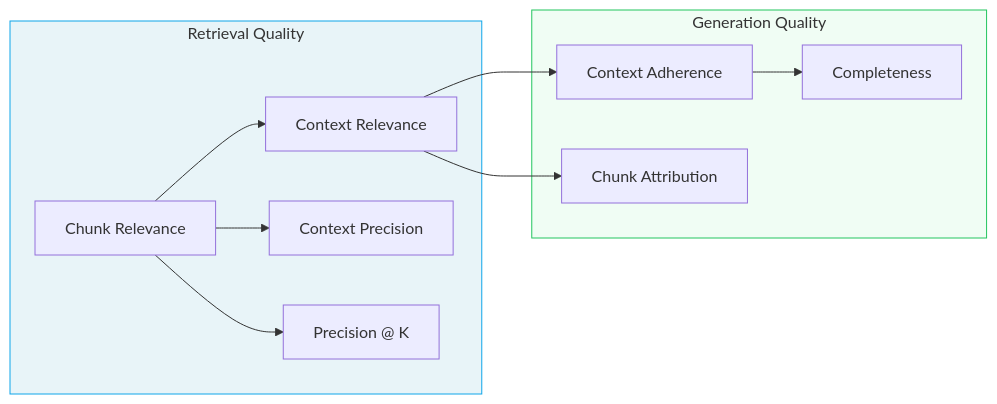
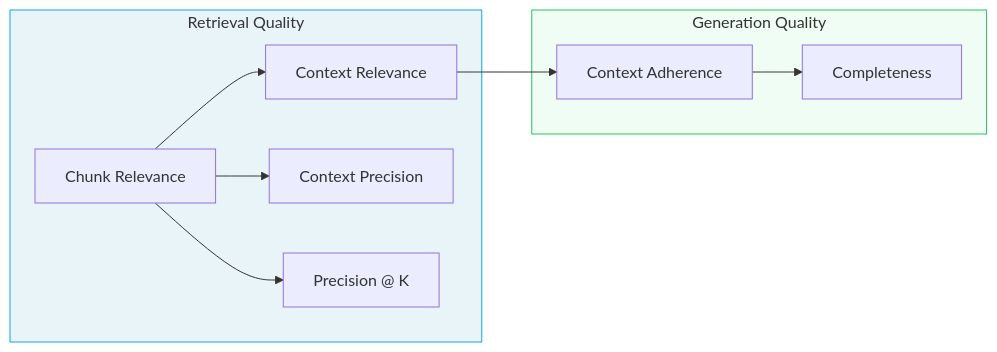
Before and after one commit to rungalileo/docs-official: the diagram in concepts/metrics/rag/rag-overview.mdx, drawn with Mermaid. The commit also changed other lines of this file and 18 other files, not shown here.

Commit message:
docs: Deprecate chunk attribution utilization metric (#981)

````diff
--- a/concepts/metrics/rag/rag-overview.mdx
+++ b/concepts/metrics/rag/rag-overview.mdx
@@ -65,25 +55,23 @@
 ```mermaid
 flowchart LR
     subgraph Retrieval["Retrieval Quality"]
         CR[Chunk Relevance]
         CTR[Context Relevance]
         CP[Context Precision]
         PK[Precision @ K]
     end
 
     subgraph Generation["Generation Quality"]
         CA[Context Adherence]
-        CAU[Chunk Attribution]
         COMP[Completeness]
     end
 
     CR --> CP
     CR --> PK
     CR --> CTR
     CTR --> CA
     CA --> COMP
-    CTR --> CAU
 
     style Retrieval fill:#e8f4f8,stroke:#0ea5e9
     style Generation fill:#f0fdf4,stroke:#22c55e
 ```
````
